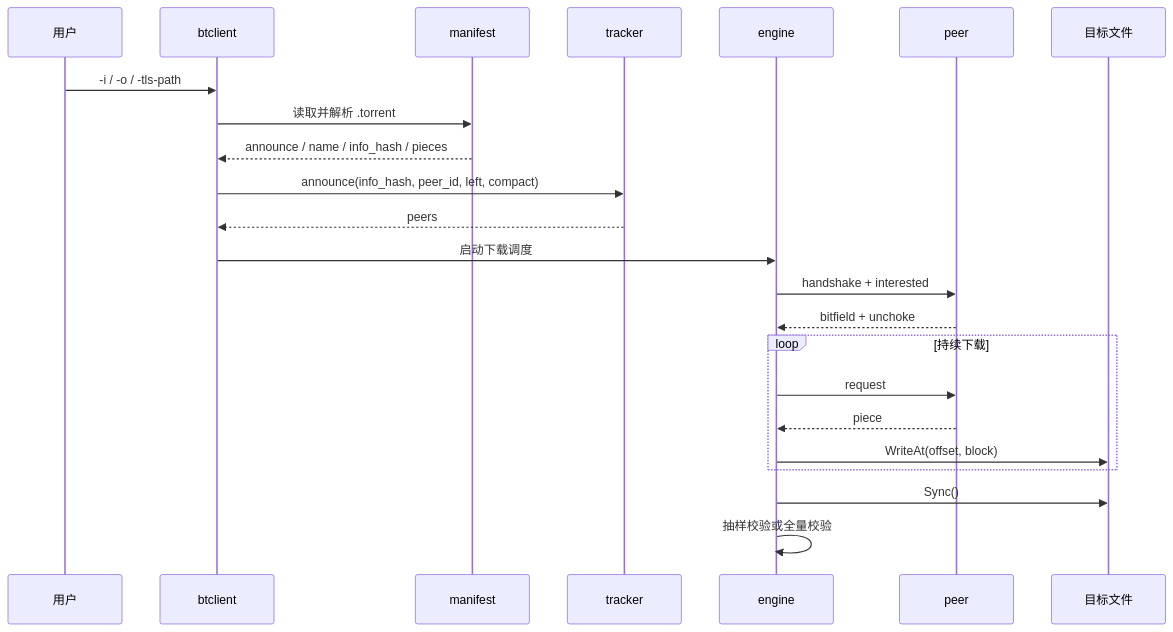
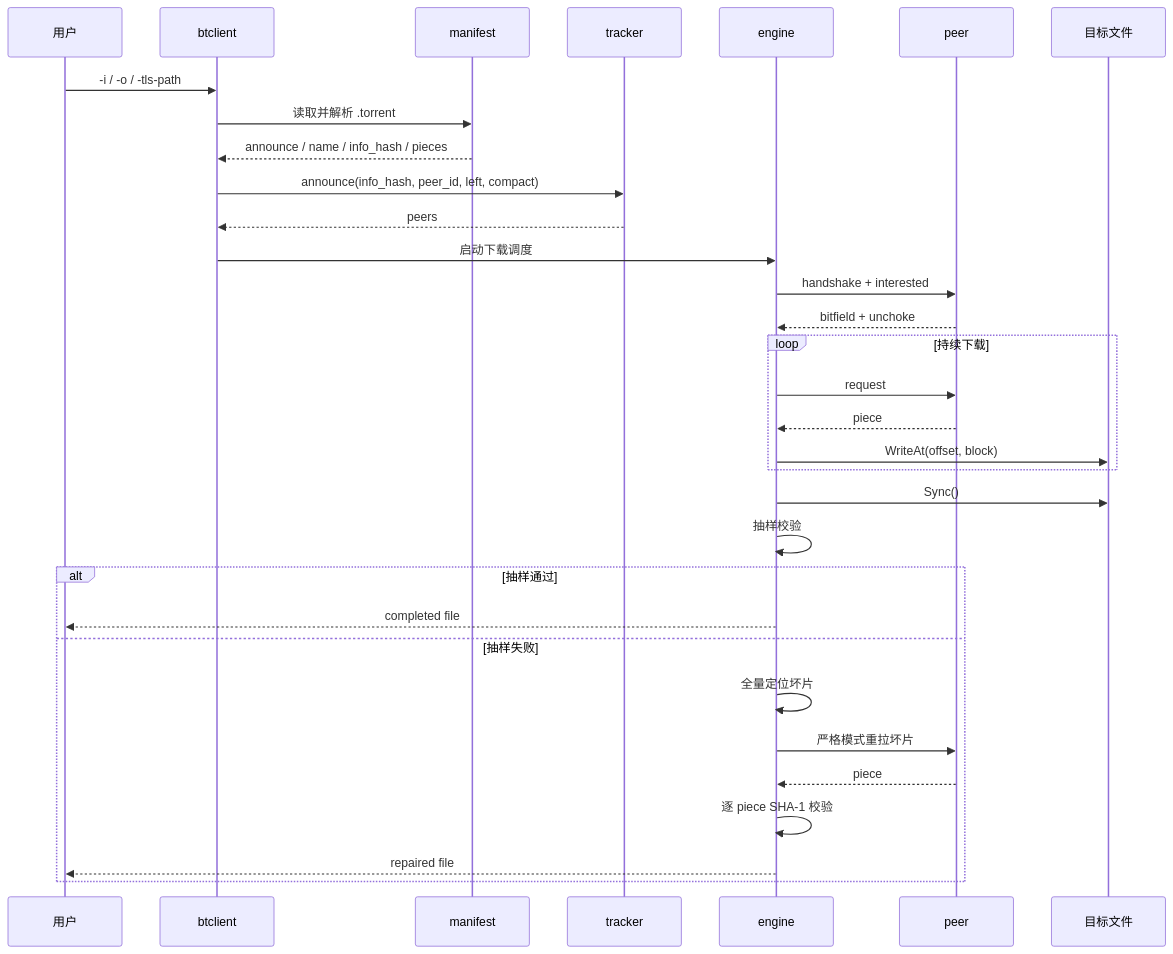
Before and after one commit to SimonMing47/BitTorrent: the sixth of 6 diagrams in README.md, drawn with Mermaid. The commit also changed other lines of this file and 8 other files, not shown here.

Commit message:
Strengthen datacenter reliability flow

````diff
--- a/README.md
+++ b/README.md
@@ -204,26 +253,35 @@
 ```mermaid
 sequenceDiagram
     participant User as 用户
     participant CLI as btclient
     participant Manifest as manifest
     participant Tracker as tracker
     participant Engine as engine
     participant Peer as peer
     participant File as 目标文件
 
     User->>CLI: -i / -o / -tls-path
     CLI->>Manifest: 读取并解析 .torrent
     Manifest-->>CLI: announce / name / info_hash / pieces
     CLI->>Tracker: announce(info_hash, peer_id, left, compact)
     Tracker-->>CLI: peers
     CLI->>Engine: 启动下载调度
     Engine->>Peer: handshake + interested
     Peer-->>Engine: bitfield + unchoke
     loop 持续下载
         Engine->>Peer: request
         Peer-->>Engine: piece
         Engine->>File: WriteAt(offset, block)
     end
     Engine->>File: Sync()
-    Engine->>Engine: 抽样校验或全量校验
+    Engine->>Engine: 抽样校验
+    alt 抽样通过
+        Engine-->>User: completed file
+    else 抽样失败
+        Engine->>Engine: 全量定位坏片
+        Engine->>Peer: 严格模式重拉坏片
+        Peer-->>Engine: piece
+        Engine->>Engine: 逐 piece SHA-1 校验
+        Engine-->>User: repaired file
+    end
 ```
````
